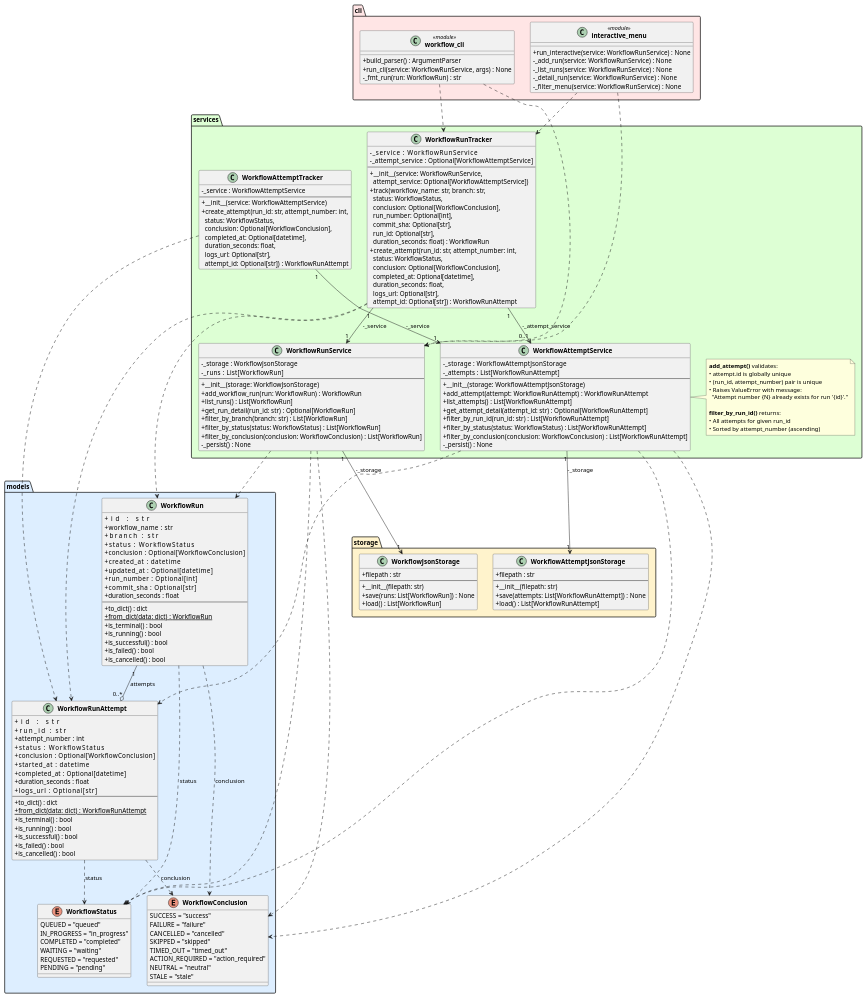
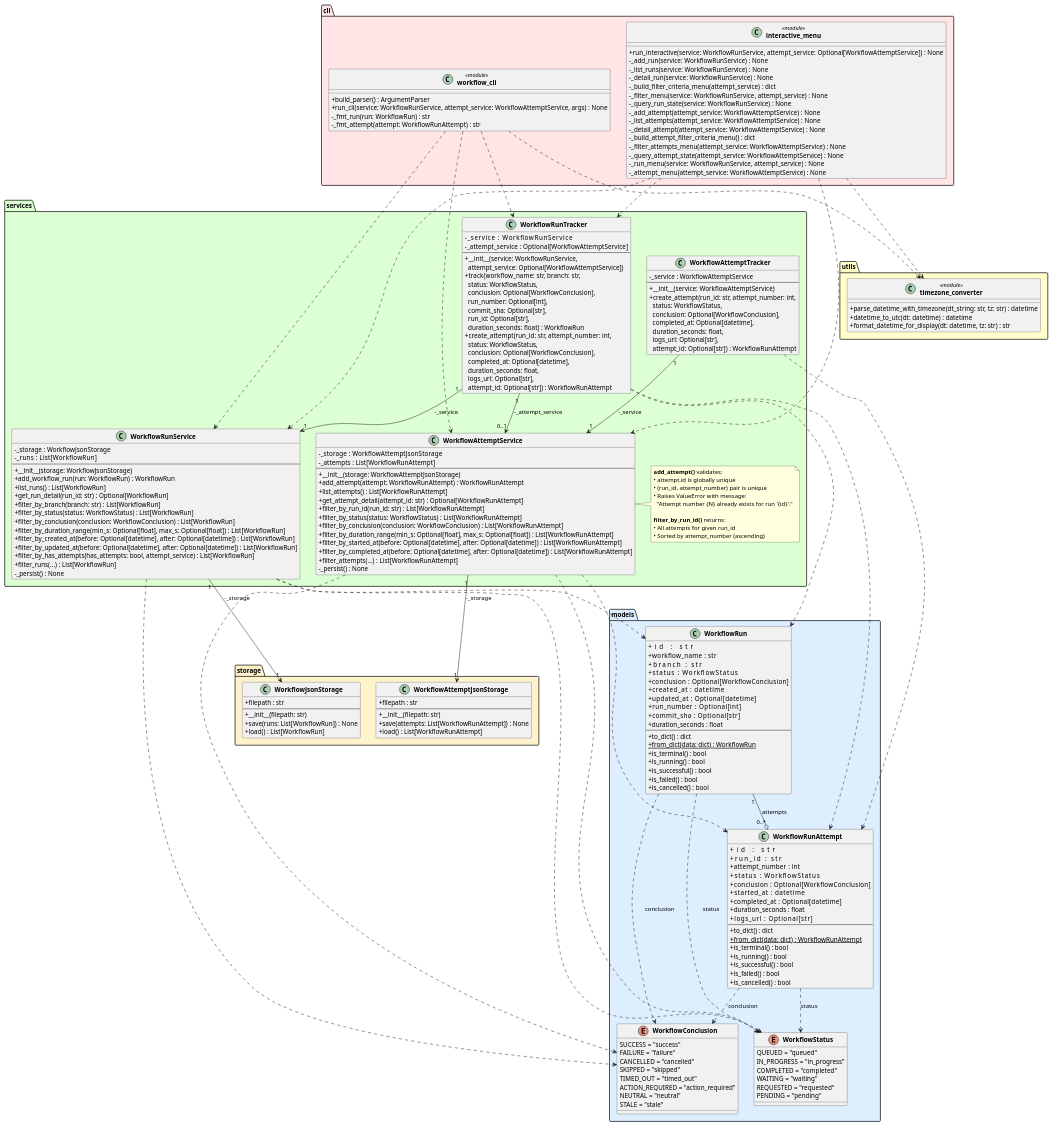
The diagram in experiments/pipeline/structured_text/github-workflow-manager/artifacts/class_diagram.puml (DanielRiha8906/Software_autoevolution_using_agents), drawn with PlantUML before and after one commit. The commit also changed 17 other files, not shown here.

```diff
--- a/experiments/pipeline/structured_text/github-workflow-manager/artifacts/class_diagram.puml
+++ b/experiments/pipeline/structured_text/github-workflow-manager/artifacts/class_diagram.puml
@@ -96,6 +96,11 @@
         +filter_by_branch(branch: str) : List[WorkflowRun]
         +filter_by_status(status: WorkflowStatus) : List[WorkflowRun]
         +filter_by_conclusion(conclusion: WorkflowConclusion) : List[WorkflowRun]
+        +filter_by_duration_range(min_s: Optional[float], max_s: Optional[float]) : List[WorkflowRun]
+        +filter_by_created_at(before: Optional[datetime], after: Optional[datetime]) : List[WorkflowRun]
+        +filter_by_updated_at(before: Optional[datetime], after: Optional[datetime]) : List[WorkflowRun]
+        +filter_by_has_attempts(has_attempts: bool, attempt_service) : List[WorkflowRun]
+        +filter_runs(...) : List[WorkflowRun]
         -_persist() : None
     }
 
@@ -110,6 +115,10 @@
         +filter_by_run_id(run_id: str) : List[WorkflowRunAttempt]
         +filter_by_status(status: WorkflowStatus) : List[WorkflowRunAttempt]
         +filter_by_conclusion(conclusion: WorkflowConclusion) : List[WorkflowRunAttempt]
+        +filter_by_duration_range(min_s: Optional[float], max_s: Optional[float]) : List[WorkflowRunAttempt]
+        +filter_by_started_at(before: Optional[datetime], after: Optional[datetime]) : List[WorkflowRunAttempt]
+        +filter_by_completed_at(before: Optional[datetime], after: Optional[datetime]) : List[WorkflowRunAttempt]
+        +filter_attempts(...) : List[WorkflowRunAttempt]
         -_persist() : None
     }
 
@@ -142,19 +151,38 @@
     end note
 }
 
+package "utils" #FFFFCC {
+    class "timezone_converter" <<module>> {
+        +parse_datetime_with_timezone(dt_string: str, tz: str) : datetime
+        +datetime_to_utc(dt: datetime) : datetime
+        +format_datetime_for_display(dt: datetime, tz: str) : str
+    }
+}
+
 package "cli" #FFE5E5 {
     class "workflow_cli" <<module>> {
         +build_parser() : ArgumentParser
-        +run_cli(service: WorkflowRunService, args) : None
+        +run_cli(service: WorkflowRunService, attempt_service: WorkflowAttemptService, args) : None
         -_fmt_run(run: WorkflowRun) : str
+        -_fmt_attempt(attempt: WorkflowRunAttempt) : str
     }
 
     class "interactive_menu" <<module>> {
-        +run_interactive(service: WorkflowRunService) : None
+        +run_interactive(service: WorkflowRunService, attempt_service: Optional[WorkflowAttemptService]) : None
         -_add_run(service: WorkflowRunService) : None
         -_list_runs(service: WorkflowRunService) : None
         -_detail_run(service: WorkflowRunService) : None
-        -_filter_menu(service: WorkflowRunService) : None
+        -_build_filter_criteria_menu(attempt_service) : dict
+        -_filter_menu(service: WorkflowRunService, attempt_service) : None
+        -_query_run_state(service: WorkflowRunService) : None
+        -_add_attempt(attempt_service: WorkflowAttemptService) : None
+        -_list_attempts(attempt_service: WorkflowAttemptService) : None
+        -_detail_attempt(attempt_service: WorkflowAttemptService) : None
+        -_build_attempt_filter_criteria_menu() : dict
+        -_filter_attempts_menu(attempt_service: WorkflowAttemptService) : None
+        -_query_attempt_state(attempt_service: WorkflowAttemptService) : None
+        -_run_menu(service: WorkflowRunService, attempt_service) : None
+        -_attempt_menu(attempt_service: WorkflowAttemptService) : None
     }
 }
 
@@ -187,8 +215,12 @@
 
 ' CLI relationships
 "workflow_cli"             ..>  WorkflowRunService
+"workflow_cli"             ..>  WorkflowAttemptService
 "workflow_cli"             ..>  WorkflowRunTracker
+"workflow_cli"             ..>  "timezone_converter"
 "interactive_menu"         ..>  WorkflowRunService
+"interactive_menu"         ..>  WorkflowAttemptService
 "interactive_menu"         ..>  WorkflowRunTracker
+"interactive_menu"         ..>  "timezone_converter"
 
 @enduml
```
